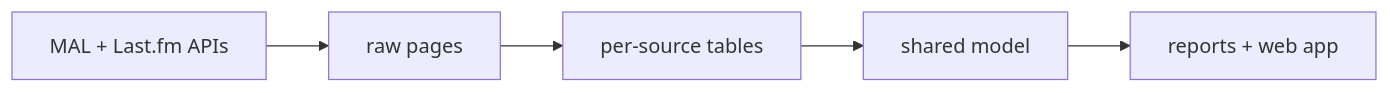
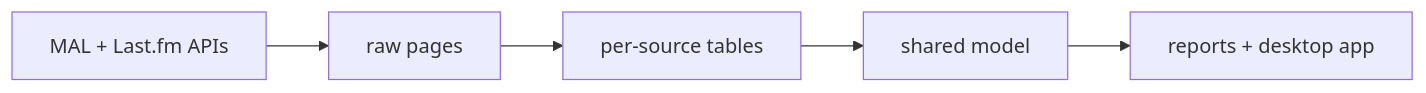
One commit to tootsalot/Taste-Engine changed the diagram in README.md. Above: the diagram before and after it, drawn with Mermaid. The commit also changed other lines of this file and 23 other files, not shown here.

First line of the commit message:
Remove the web app

````diff
--- a/README.md
+++ b/README.md
@@ -5,4 +5,4 @@
 ```mermaid
 flowchart LR
-    APIs[MAL + Last.fm APIs] --> Raw[raw pages] --> Staging[per-source tables] --> Core[shared model] --> Reports[reports + web app]
+    APIs[MAL + Last.fm APIs] --> Raw[raw pages] --> Staging[per-source tables] --> Core[shared model] --> Reports[reports + desktop app]
 ```
````
